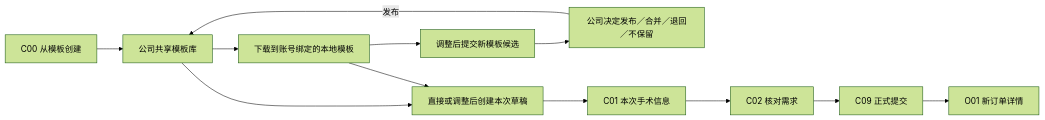
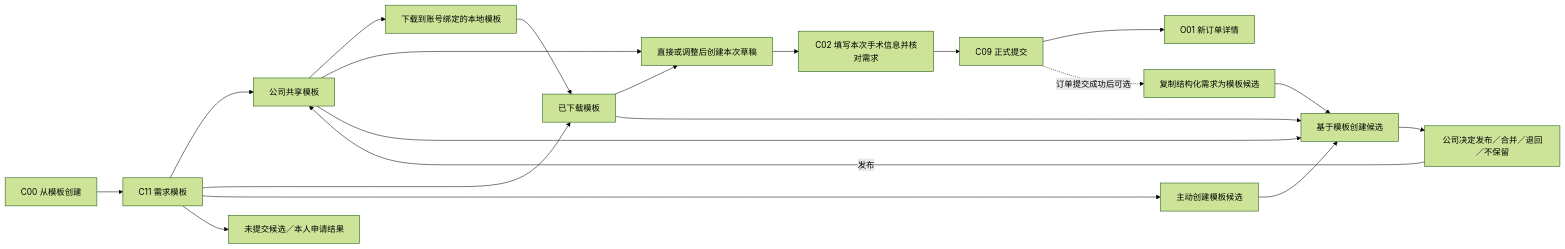
The seventh of 19 diagrams in modules/APP-手术通知/03-设计池/02-手术通知APP页面流程-v0.5.md (Jimokov/orthoflow-erp), drawn with Mermaid (forest theme) before and after one commit. The commit also changed other lines of this file and 13 other files, not shown here.

````diff
--- a/modules/APP-手术通知/03-设计池/02-手术通知APP页面流程-v0.5.md
+++ b/modules/APP-手术通知/03-设计池/02-手术通知APP页面流程-v0.5.md
@@ -223,14 +210,22 @@
 ```mermaid
 flowchart LR
-    C00["C00 从模板创建"] --> LIB["公司共享模板库"]
-    LIB --> DOWNLOAD["下载到账号绑定的本地模板"]
-    LIB --> DRAFT["直接或调整后创建本次草稿"]
-    DOWNLOAD --> DRAFT
-    DOWNLOAD --> CANDIDATE["调整后提交新模板候选"]
+    C00["C00 从模板创建"] --> LIB["C11 需求模板"]
+    LIB --> SHARED["公司共享模板"]
+    LIB --> LOCAL["已下载模板"]
+    LIB --> NEW["主动创建模板候选"]
+    LIB --> MINE["未提交候选／本人申请结果"]
+    SHARED --> DOWNLOAD["下载到账号绑定的本地模板"]
+    SHARED --> DRAFT["直接或调整后创建本次草稿"]
+    LOCAL --> DRAFT
+    DOWNLOAD --> LOCAL
+    SHARED --> CANDIDATE["基于模板创建候选"]
+    LOCAL --> CANDIDATE
+    NEW --> CANDIDATE
     CANDIDATE --> REVIEW["公司决定发布／合并／退回／不保留"]
-    REVIEW -->|发布| LIB
-    DRAFT --> C01["C01 本次手术信息"]
-    C01 --> C02["C02 核对需求"]
+    REVIEW -->|发布| SHARED
+    DRAFT --> C02["C02 填写本次手术信息并核对需求"]
     C02 --> C09["C09 正式提交"]
     C09 --> O01["O01 新订单详情"]
+    C09 -.->|订单提交成功后可选| COPY["复制结构化需求为模板候选"]
+    COPY --> CANDIDATE
 ```
````
